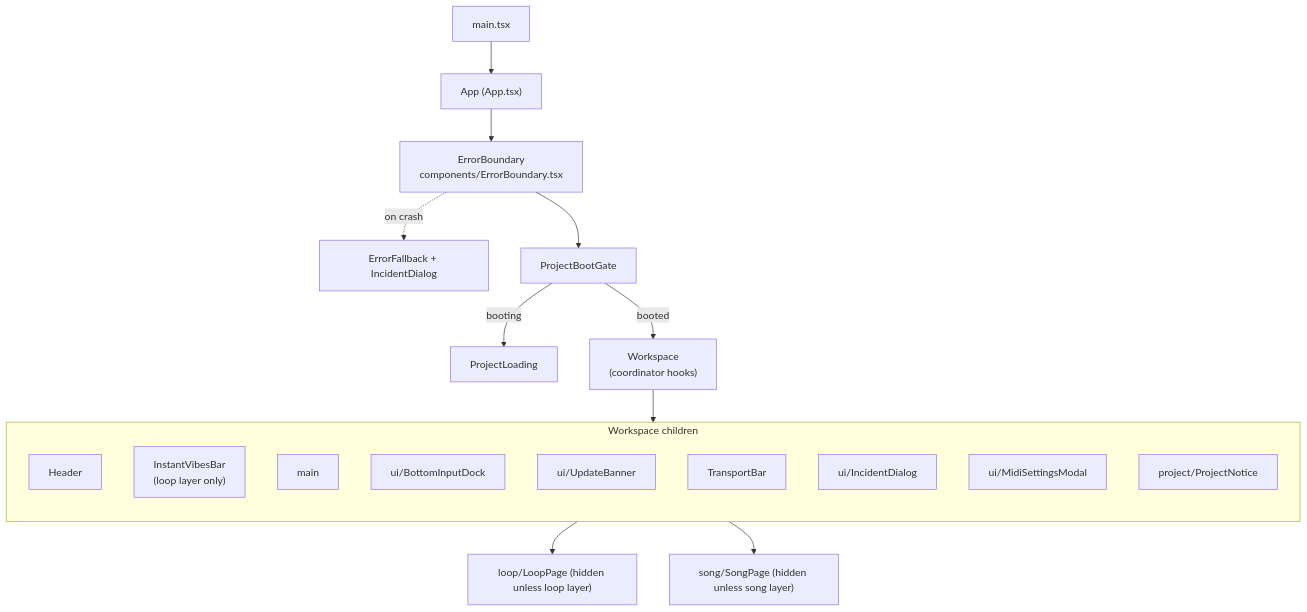
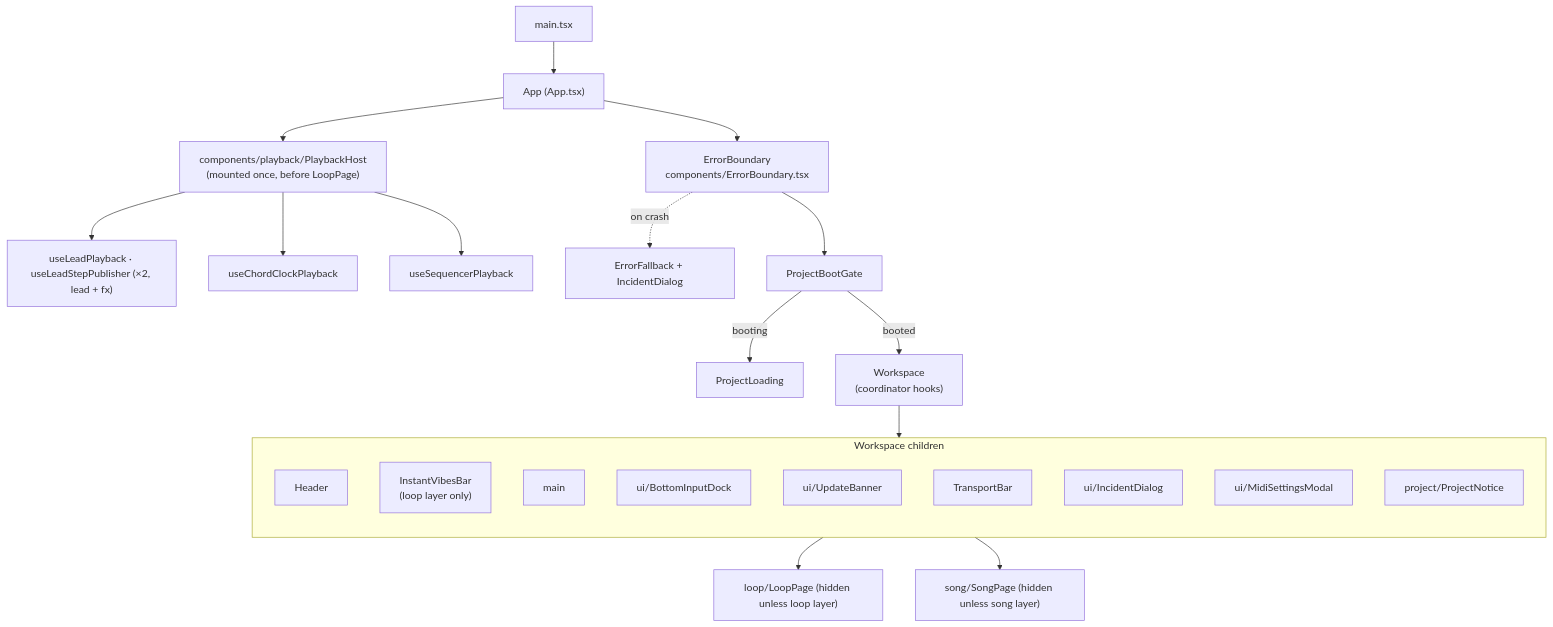
Before and after one commit to themiddnight/solna: the first of 5 diagrams in docs/architecture/structure/01-ui.md, drawn with Mermaid. The commit also changed other lines of this file and 14 other files, not shown here.

Commit message:
docs: ADR-0039 PlaybackHost, rules R312-R314 (DEV-422)

````diff
--- a/docs/architecture/structure/01-ui.md
+++ b/docs/architecture/structure/01-ui.md
@@ -44,24 +44,28 @@
 ```mermaid
 flowchart TB
   main["main.tsx"] --> App["App (App.tsx)"]
+  App --> PB["components/playback/PlaybackHost<br/>(mounted once, before LoopPage)"]
+  PB --> LHook["useLeadPlayback · useLeadStepPublisher (×2, lead + fx)"]
+  PB --> CHook["useChordClockPlayback"]
+  PB --> SHook["useSequencerPlayback"]
   App --> EB["ErrorBoundary<br/>components/ErrorBoundary.tsx"]
   EB -. on crash .-> EF["ErrorFallback + IncidentDialog"]
   EB --> Gate["ProjectBootGate"]
   Gate -- booting --> PL["ProjectLoading"]
   Gate -- booted --> WS["Workspace<br/>(coordinator hooks)"]
   subgraph shell["Workspace children"]
     direction TB
     H["Header"]
     V["InstantVibesBar<br/>(loop layer only)"]
     M["main"]
     D["ui/BottomInputDock"]
     U["ui/UpdateBanner"]
     T["TransportBar"]
     I["ui/IncidentDialog"]
     MI["ui/MidiSettingsModal"]
     PN["project/ProjectNotice"]
   end
   WS --> shell
   M --> LP["loop/LoopPage (hidden unless loop layer)"]
   M --> SP["song/SongPage (hidden unless song layer)"]
 ```
````
